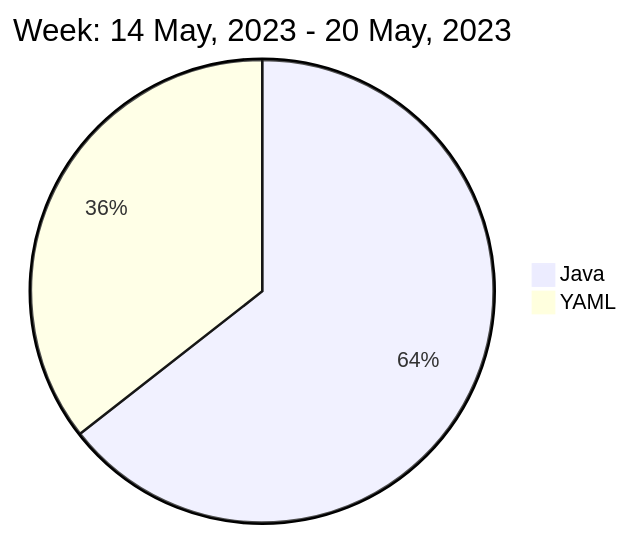
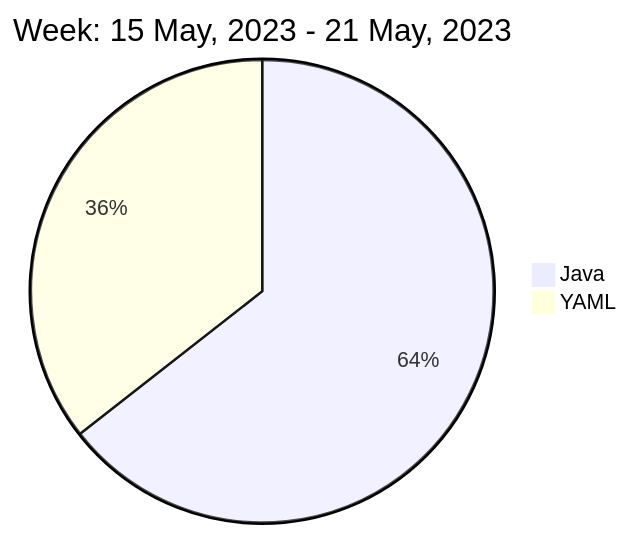
One commit to liubin95/liubin95 changed the diagram in README.md. Above: the diagram before and after it, drawn with Mermaid.

Commit message:
Updated the Graph with new Metrics

````diff
--- a/README.md
+++ b/README.md
@@ -40,6 +40,6 @@
 ```mermaid
  pie
-title Week: 14 May, 2023 - 20 May, 2023
+title Week: 15 May, 2023 - 21 May, 2023
  "Java" : 7.88
  "YAML" : 4.35
 ```
````
